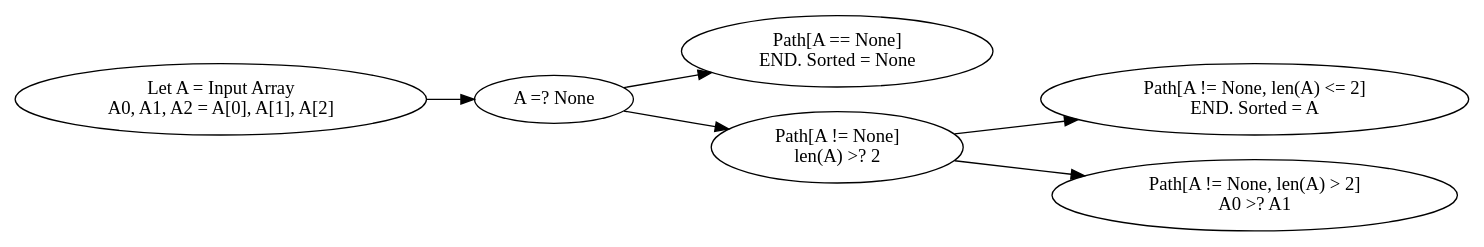
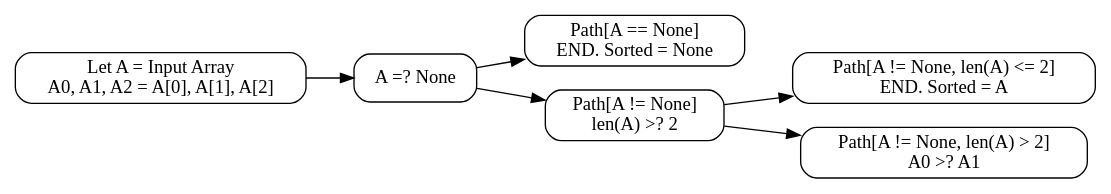
The diagram in python/original/utils/bs_depth_3_preamble.dot (walterscarborough/verification-group-project), drawn with Graphviz before and after one commit. The commit also changed 3 other files, not shown here.

```diff
--- a/python/original/utils/bs_depth_3_preamble.dot
+++ b/python/original/utils/bs_depth_3_preamble.dot
@@ -1,8 +1,9 @@
 digraph G{
     rankdir = LR
+    node [shape=box,style=rounded]
 	"Let A = Input Array\nA0, A1, A2 = A[0], A[1], A[2]" -> "A =? None";
 	"A =? None" -> "Path[A == None]\nEND. Sorted = None";
 	"A =? None" -> "Path[A != None]\nlen(A) >? 2";
 	"Path[A != None]\nlen(A) >? 2" -> "Path[A != None, len(A) <= 2]\nEND. Sorted = A"
 	"Path[A != None]\nlen(A) >? 2" -> "Path[A != None, len(A) > 2]\nA0 >? A1"
 }
```
